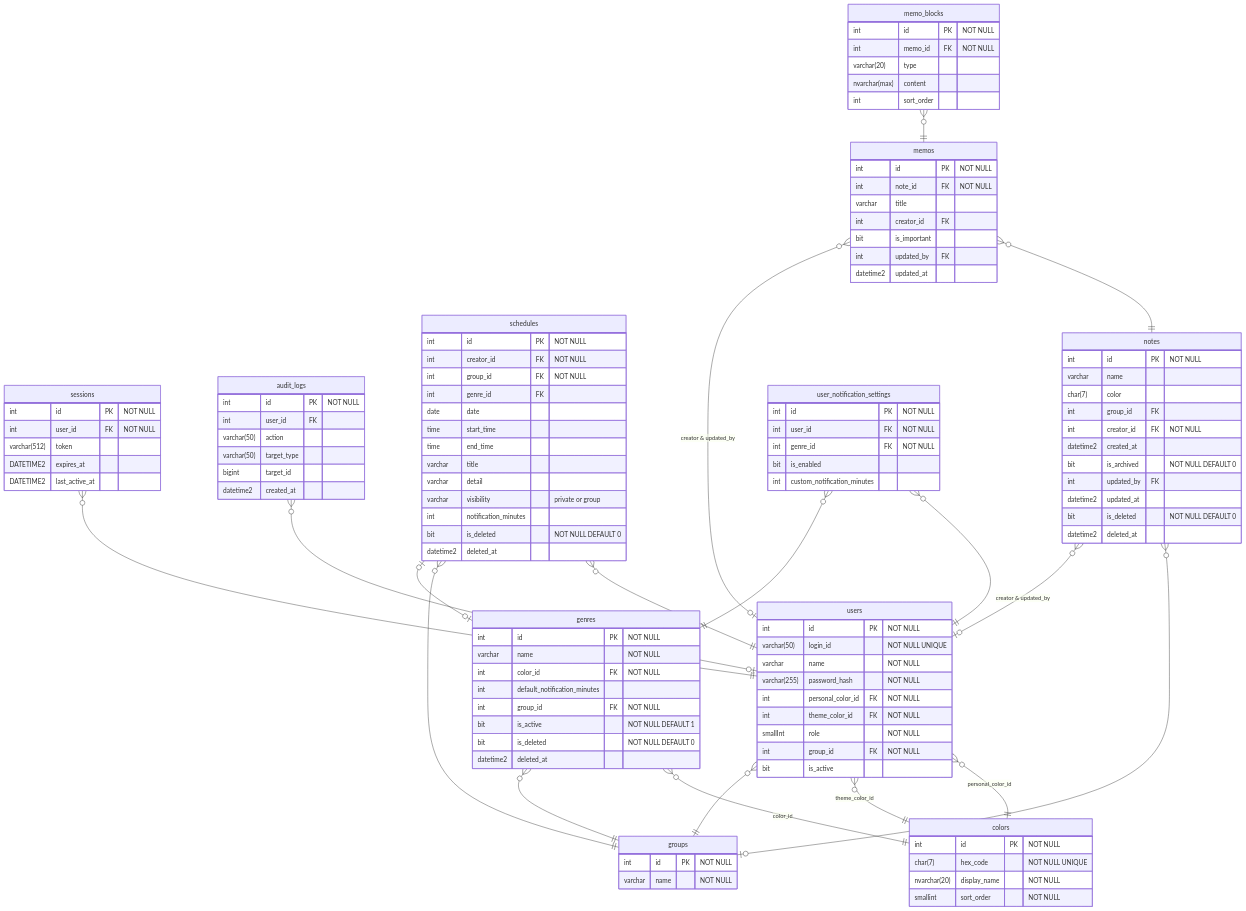
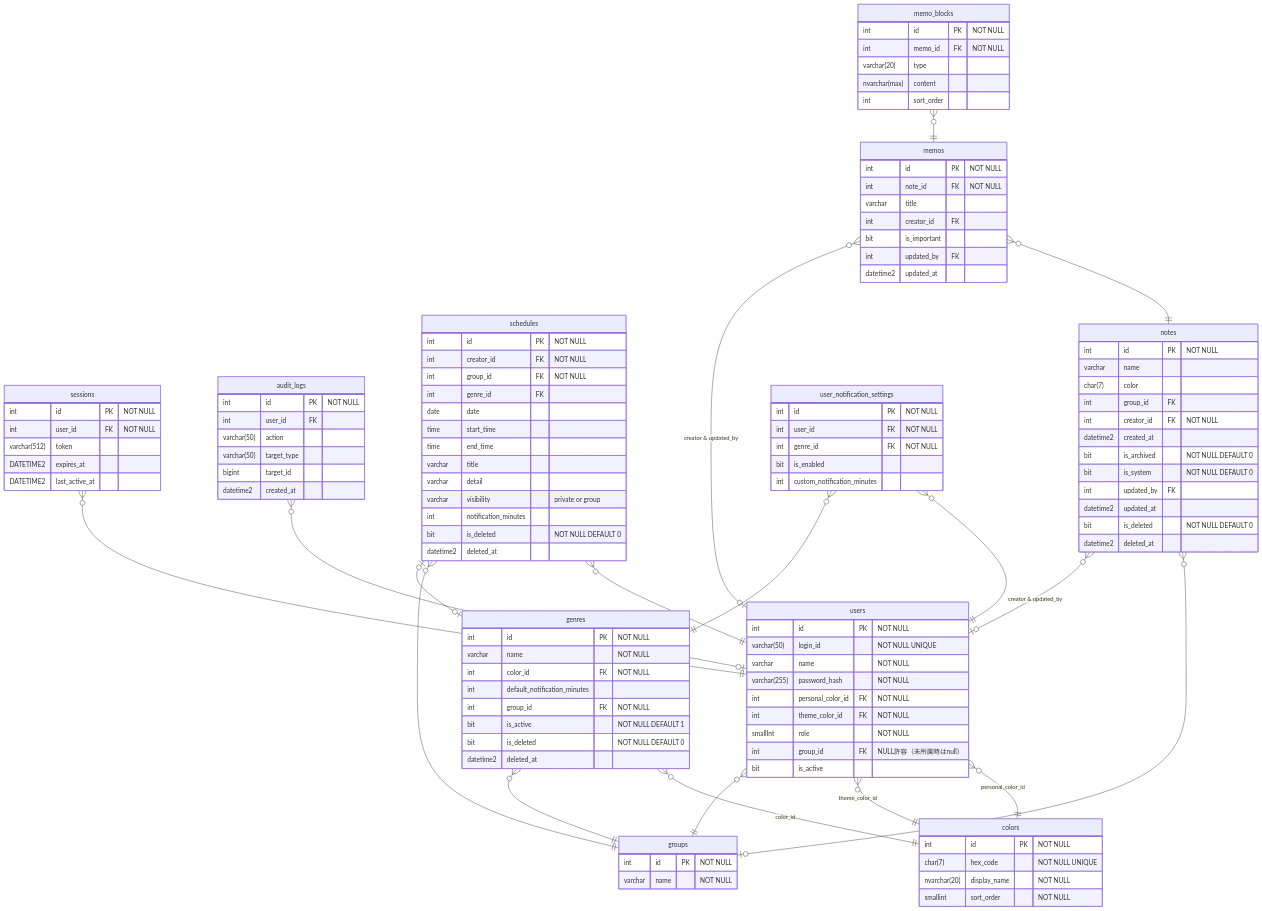
The diagram in docs/ER図.md (yossan1208/ScheduleApp), drawn with Mermaid before and after one commit. The commit also changed 3 other files, not shown here.

```diff
--- a/docs/ER図.md
+++ b/docs/ER図.md
@@ -16,7 +16,7 @@
         int personal_color_id FK "NOT NULL"
         int theme_color_id FK "NOT NULL"
         smallInt role "NOT NULL"
-        int group_id FK "NOT NULL"
+        int group_id FK "NULL許容（未所属時はnull）"
         bit is_active
     }
 
@@ -77,6 +77,7 @@
         int creator_id FK "NOT NULL"
         datetime2 created_at
         bit is_archived "NOT NULL DEFAULT 0"
+        bit is_system "NOT NULL DEFAULT 0"
         int updated_by FK
         datetime2 updated_at
         bit is_deleted "NOT NULL DEFAULT 0"
```
